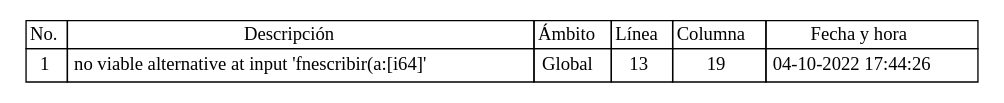
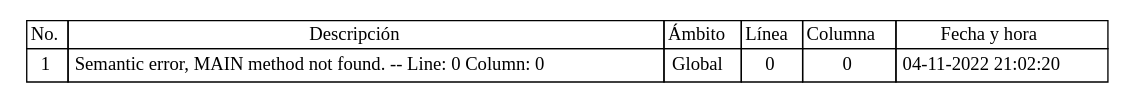
One commit to Jodyannre/COMPI2_proyecto2_2022 changed the diagram in Back/Web/tablas/tablaErrores.dot. Above: the diagram before and after it, drawn with Graphviz. The commit also changed 13 other files, not shown here.

```diff
--- a/Back/Web/tablas/tablaErrores.dot
+++ b/Back/Web/tablas/tablaErrores.dot
@@ -1,36 +1,36 @@
 
 	digraph {
 		tablaSimbolos [
 		  shape=plaintext
 		  label=<
 			<table border='0' cellborder='1' color='black' cellspacing='0'>
 			  <tr>
 				  <td>No.</td>
 				  <td>Descripción</td>
 				  <td>Ámbito</td>
 				  <td>Línea</td>
 				  <td>Columna</td>
 				  <td>Fecha y hora</td>
 			  </tr>
 	
 <tr>
 <td cellpadding='4'>
 1
 </td>
-<td cellpadding='4'>no viable alternative at input 'fnescribir(a:[i64]'
+<td cellpadding='4'>Semantic error, MAIN method not found. -- Line: 0 Column: 0
 </td>
 <td cellpadding='4'>Global
 </td>
-<td cellpadding='4'>13
+<td cellpadding='4'>0
 </td>
 <td cellpadding='4'>
-19
+0
 </td>
 <td cellpadding='4'>
-04-10-2022 17:44:26
+04-11-2022 21:02:20
 </td>
 </tr>
 
 		</table>
 		>];
 	}
```
